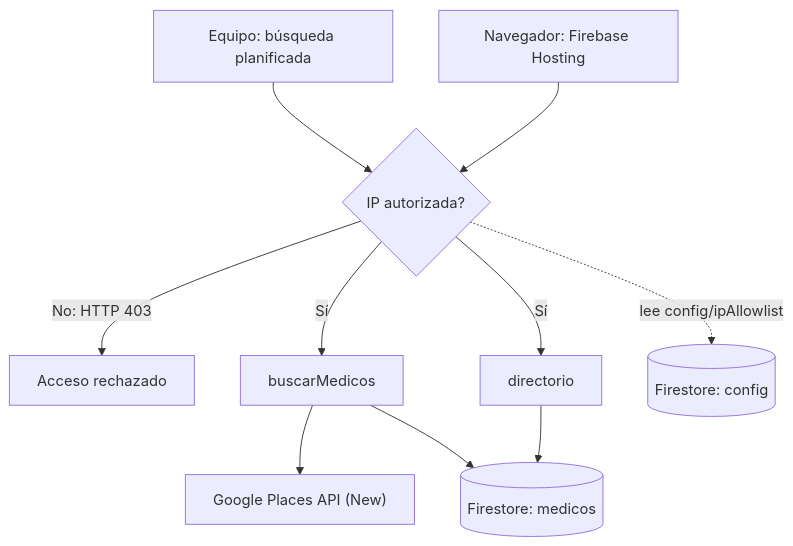
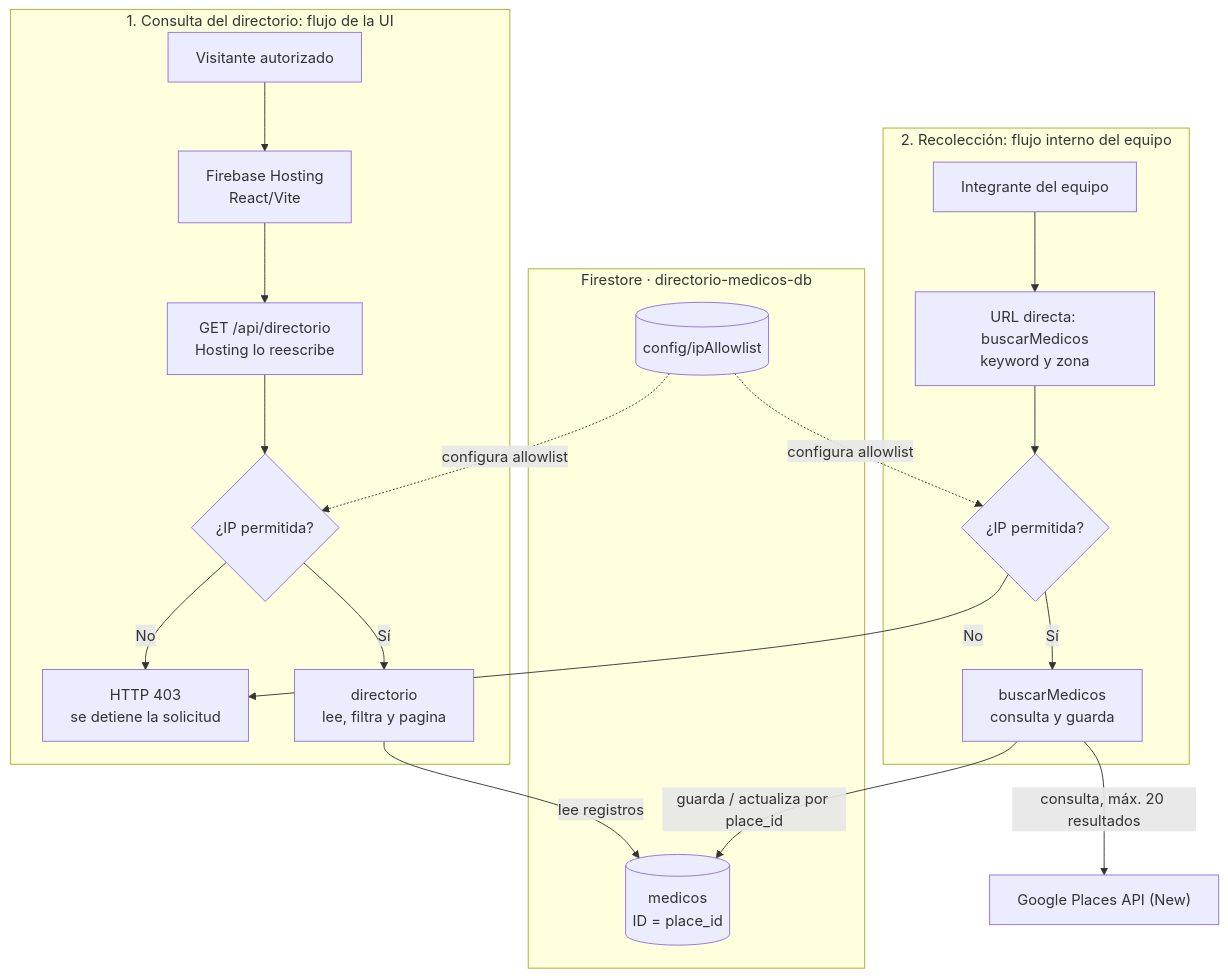
The diagram in docs/doc_final.md (Rodrimansidub14/RAI-MSPAS), drawn with Mermaid before and after one commit. The commit also changed other lines of this file, not shown here.

Commit message:
feat(doc_final): se mejoró la documentación final y el diagrama de arquitectura

````diff
--- a/docs/doc_final.md
+++ b/docs/doc_final.md
@@ -18,12 +19,40 @@
 ```mermaid
 flowchart TB
-  equipo["Equipo: búsqueda planificada"] --> gate{"IP autorizada?"}
-  hosting["Navegador: Firebase Hosting"] --> gate
-  gate -->|"No: HTTP 403"| denied["Acceso rechazado"]
-  gate -->|"Sí"| buscar["buscarMedicos"]
-  gate -->|"Sí"| directorio["directorio"]
-  buscar --> places["Google Places API (New)"]
-  buscar --> medicos[("Firestore: medicos")]
-  directorio --> medicos
-  gate -.->|"lee config/ipAllowlist"| config[("Firestore: config")]
+  denied["HTTP 403\nse detiene la solicitud"]
+
+  subgraph consulta["1. Consulta del directorio: flujo de la UI"]
+    navegador["Visitante autorizado"]
+    ui["Firebase Hosting\nReact/Vite"]
+    api["GET /api/directorio\nHosting lo reescribe"]
+    checkConsulta{"¿IP permitida?"}
+    directorio["directorio\nlee, filtra y pagina"]
+
+    navegador --> ui --> api --> checkConsulta
+    checkConsulta -->|"No"| denied
+    checkConsulta -->|"Sí"| directorio
+  end
+
+  subgraph recoleccion["2. Recolección: flujo interno del equipo"]
+    equipo["Integrante del equipo"]
+    solicitud["URL directa: buscarMedicos\nkeyword y zona"]
+    checkBusqueda{"¿IP permitida?"}
+    buscar["buscarMedicos\nconsulta y guarda"]
+
+    equipo --> solicitud --> checkBusqueda
+    checkBusqueda -->|"No"| denied
+    checkBusqueda -->|"Sí"| buscar
+  end
+
+  subgraph firestore["Firestore · directorio-medicos-db"]
+    config[("config/ipAllowlist")]
+    medicos[("medicos\nID = place_id")]
+  end
+
+  places["Google Places API (New)"]
+
+  config -.->|"configura allowlist"| checkConsulta
+  config -.->|"configura allowlist"| checkBusqueda
+  directorio -->|"lee registros"| medicos
+  buscar -->|"consulta, máx. 20 resultados"| places
+  buscar -->|"guarda / actualiza por place_id"| medicos
 ```
````
